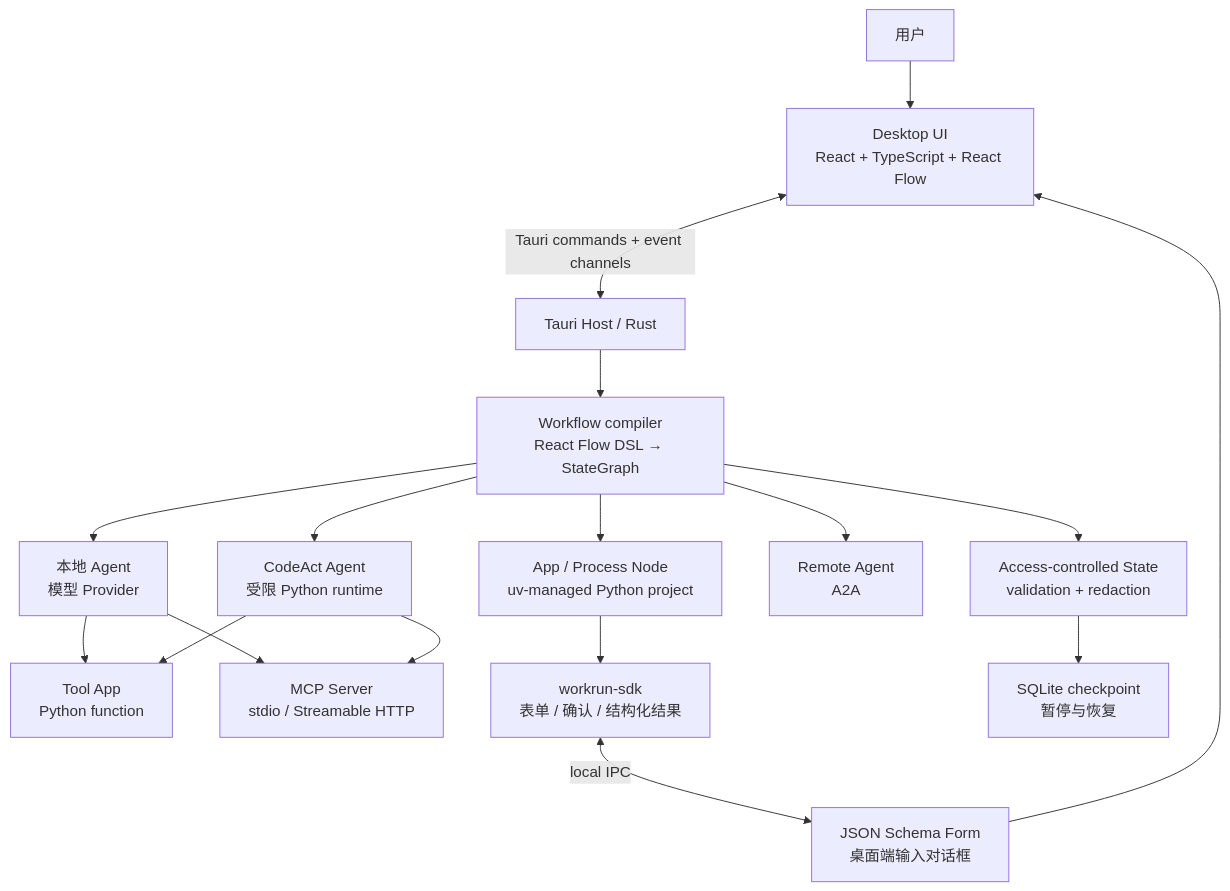
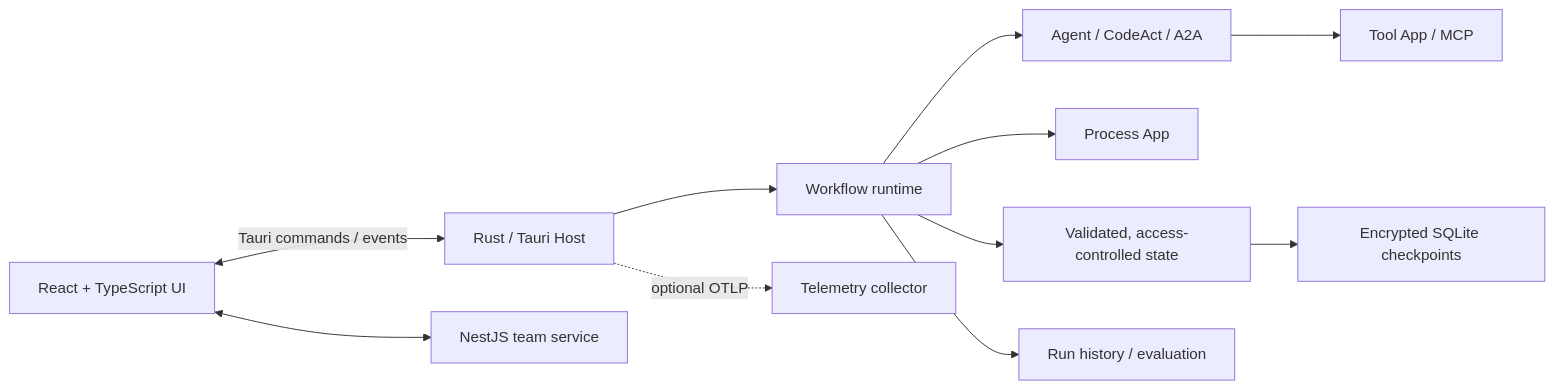
One commit to 1111mp/workrun-app changed the diagram in README.md. Above: the diagram before and after it, drawn with Mermaid. The commit also changed other lines of this file and 4 other files, not shown here.

````diff
--- a/README.md
+++ b/README.md
@@ -142,34 +134,13 @@
 ```mermaid
-flowchart TB
-  User[用户]
-  UI[Desktop UI\nReact + TypeScript + React Flow]
-  Tauri[Tauri Host / Rust]
-  Compiler[Workflow compiler\nReact Flow DSL → StateGraph]
-  State[Access-controlled State\nvalidation + redaction]
-  Agent[本地 Agent\n模型 Provider]
-  CodeAct[CodeAct Agent\n受限 Python runtime]
-  Remote[Remote Agent\nA2A]
-  Process[App / Process Node\nuv-managed Python project]
-  ToolApp[Tool App\nPython function]
-  Mcp[MCP Server\nstdio / Streamable HTTP]
-  SDK[workrun-sdk\n表单 / 确认 / 结构化结果]
-  Form[JSON Schema Form\n桌面端输入对话框]
-  Checkpoint[SQLite checkpoint\n暂停与恢复]
-
-  User --> UI
-  UI <-->|Tauri commands + event channels| Tauri
-  Tauri --> Compiler
-  Compiler --> State
-  Compiler --> Agent
-  Compiler --> CodeAct
-  Compiler --> Remote
-  Compiler --> Process
-  Process --> SDK
-  SDK <-->|local IPC| Form
-  Form --> UI
-  Agent --> ToolApp
-  Agent --> Mcp
-  CodeAct --> ToolApp
-  CodeAct --> Mcp
-  State --> Checkpoint
+flowchart LR
+  UI[React + TypeScript UI] <-->|Tauri commands / events| Host[Rust / Tauri Host]
+  Host --> Runtime[Workflow runtime]
+  Runtime --> Agent[Agent / CodeAct / A2A]
+  Runtime --> App[Process App]
+  Agent --> Tools[Tool App / MCP]
+  Runtime --> State[Validated, access-controlled state]
+  State --> Checkpoint[Encrypted SQLite checkpoints]
+  Runtime --> History[Run history / evaluation]
+  Host -. optional OTLP .-> Collector[Telemetry collector]
+  UI <--> Team[NestJS team service]
 ```
````
